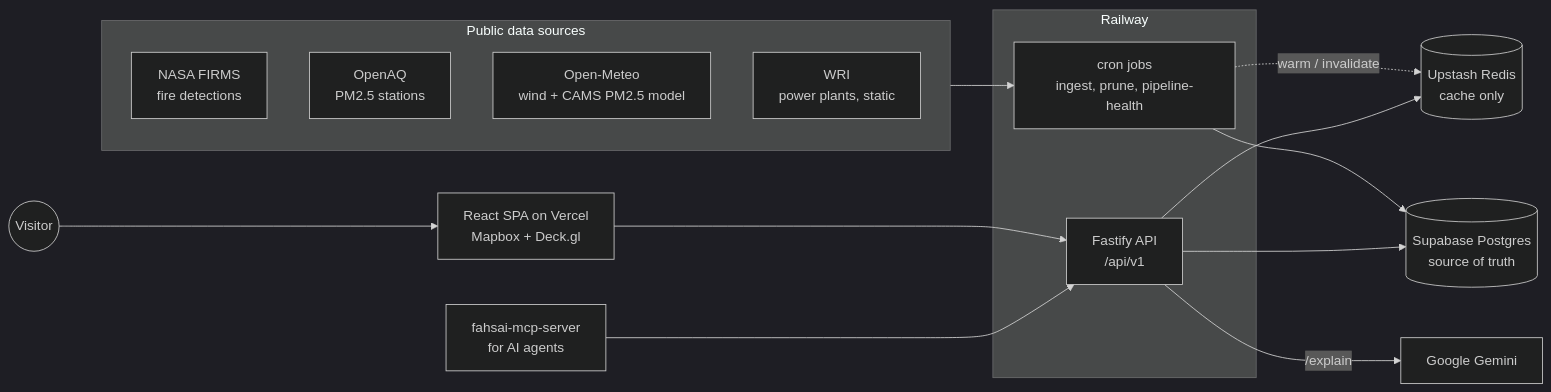
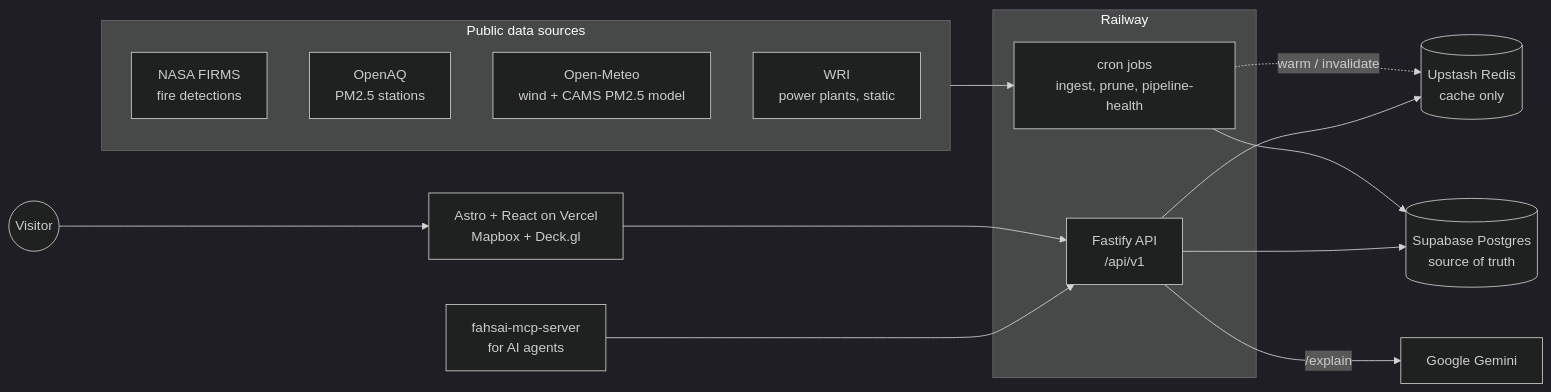
Before and after one commit to JoostKiens/fahsai: the diagram in docs/architecture.md, drawn with Mermaid (dark theme). The commit also changed other lines of this file and 3 other files, not shown here.

````diff
--- a/docs/architecture.md
+++ b/docs/architecture.md
@@ -15,31 +15,31 @@
 ```mermaid
 flowchart LR
   subgraph sources [Public data sources]
     FIRMS[NASA FIRMS<br/>fire detections]
     OAQ[OpenAQ<br/>PM2.5 stations]
     OM[Open-Meteo<br/>wind + CAMS PM2.5 model]
     WRI[WRI<br/>power plants, static]
   end
 
   subgraph railway [Railway]
     CRON[cron jobs<br/>ingest, prune, pipeline-health]
     API[Fastify API<br/>/api/v1]
   end
 
   DB[(Supabase Postgres<br/>source of truth)]
   REDIS[(Upstash Redis<br/>cache only)]
   GEMINI[Google Gemini]
 
-  SPA[React SPA on Vercel<br/>Mapbox + Deck.gl]
+  SPA[Astro + React on Vercel<br/>Mapbox + Deck.gl]
   MCP[fahsai-mcp-server<br/>for AI agents]
   USER((Visitor))
 
   sources --> CRON --> DB
   CRON -. warm / invalidate .-> REDIS
   API --> REDIS
   API --> DB
   API -- /explain --> GEMINI
   SPA --> API
   MCP --> API
   USER --> SPA
 ```
````
